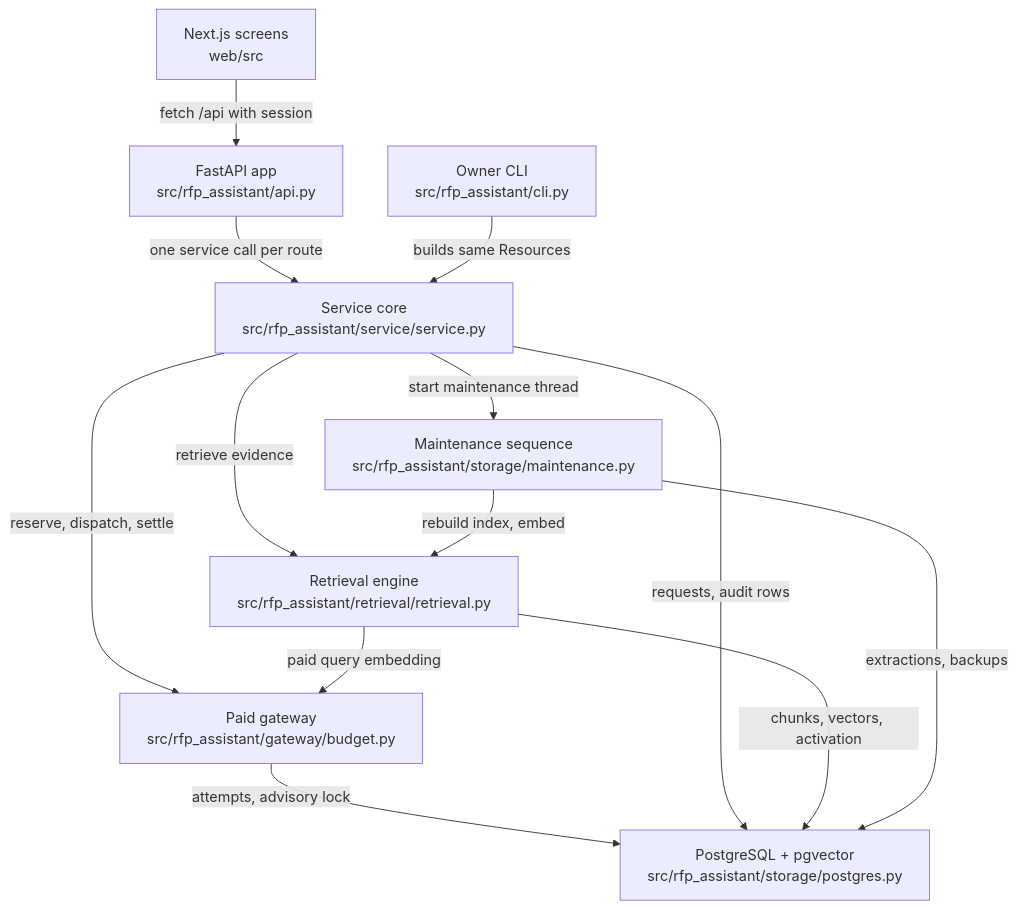
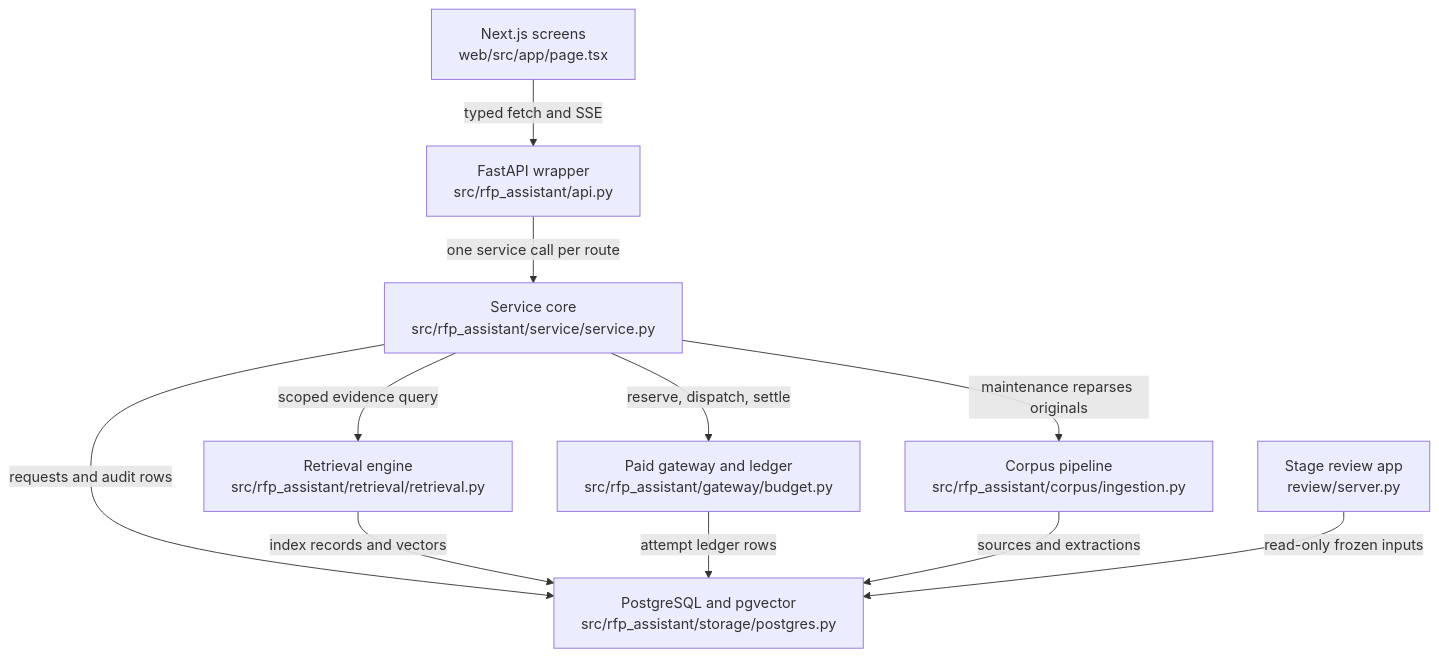
The diagram in .omm/overall-architecture/diagram.mmd (littleeeeebit/project-codeit-mid), drawn with Mermaid before and after one commit. The commit also changed 364 other files, not shown here.

```diff
--- a/.omm/overall-architecture/diagram.mmd
+++ b/.omm/overall-architecture/diagram.mmd
@@ -1,13 +1,19 @@
 graph TD
-  web-screens["Next.js screens\nweb/src"] -->|"fetch /api with session"| http-api["FastAPI app\nsrc/rfp_assistant/api.py"]
-  http-api -->|"one service call per route"| service-core["Service core\nsrc/rfp_assistant/service/service.py"]
-  owner-cli["Owner CLI\nsrc/rfp_assistant/cli.py"] -->|"builds same Resources"| service-core
-  service-core -->|"retrieve evidence"| retrieval-engine["Retrieval engine\nsrc/rfp_assistant/retrieval/retrieval.py"]
-  service-core -->|"reserve, dispatch, settle"| paid-gateway["Paid gateway\nsrc/rfp_assistant/gateway/budget.py"]
-  retrieval-engine -->|"paid query embedding"| paid-gateway
-  service-core -->|"start maintenance thread"| maintenance-sequence["Maintenance sequence\nsrc/rfp_assistant/storage/maintenance.py"]
-  maintenance-sequence -->|"rebuild index, embed"| retrieval-engine
-  paid-gateway -->|"attempts, advisory lock"| postgres-store["PostgreSQL + pgvector\nsrc/rfp_assistant/storage/postgres.py"]
-  service-core -->|"requests, audit rows"| postgres-store
-  retrieval-engine -->|"chunks, vectors, activation"| postgres-store
-  maintenance-sequence -->|"extractions, backups"| postgres-store
+  web-screens["Next.js screens\nweb/src/app/page.tsx"]
+  http-api["FastAPI wrapper\nsrc/rfp_assistant/api.py"]
+  service-core["Service core\nsrc/rfp_assistant/service/service.py"]
+  retrieval-engine["Retrieval engine\nsrc/rfp_assistant/retrieval/retrieval.py"]
+  paid-gateway["Paid gateway and ledger\nsrc/rfp_assistant/gateway/budget.py"]
+  postgres-store["PostgreSQL and pgvector\nsrc/rfp_assistant/storage/postgres.py"]
+  corpus-pipeline["Corpus pipeline\nsrc/rfp_assistant/corpus/ingestion.py"]
+  stage-review-app["Stage review app\nreview/server.py"]
+  web-screens -->|typed fetch and SSE| http-api
+  http-api -->|one service call per route| service-core
+  service-core -->|scoped evidence query| retrieval-engine
+  service-core -->|reserve, dispatch, settle| paid-gateway
+  service-core -->|requests and audit rows| postgres-store
+  service-core -->|maintenance reparses originals| corpus-pipeline
+  retrieval-engine -->|index records and vectors| postgres-store
+  paid-gateway -->|attempt ledger rows| postgres-store
+  corpus-pipeline -->|sources and extractions| postgres-store
+  stage-review-app -->|read-only frozen inputs| postgres-store
```
